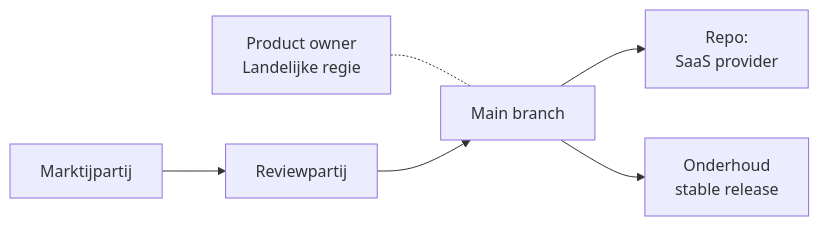
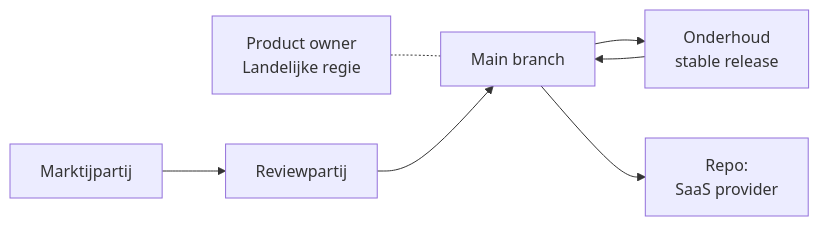
One commit to open-zaak/samenwerken changed the third of 3 diagrams in stappen-openzaak/openzaak-ecosysteem.md. Above: the diagram before and after it, drawn with Mermaid.

Commit message:
tweaks diagram

````diff
--- a/stappen-openzaak/openzaak-ecosysteem.md
+++ b/stappen-openzaak/openzaak-ecosysteem.md
@@ -54,17 +54,18 @@
 ```mermaid
 graph LR
     %% Nodes
     Dev1["Marktijpartij"]
     ReviewP2["Reviewpartij"]
     Upstream["Main branch"]
     PO["Product owner<br/>Landelijke regie"]
     SaaS["Repo:<br/>SaaS provider"]
     Maint["Onderhoud<br/>stable release"]
 
     %% Connections
     PO -.- Upstream
     Dev1 --> ReviewP2
     ReviewP2 --> Upstream
+    Upstream --> Maint
+    Maint --> Upstream
     Upstream --> SaaS
-    Upstream --> Maint
 ```
````
